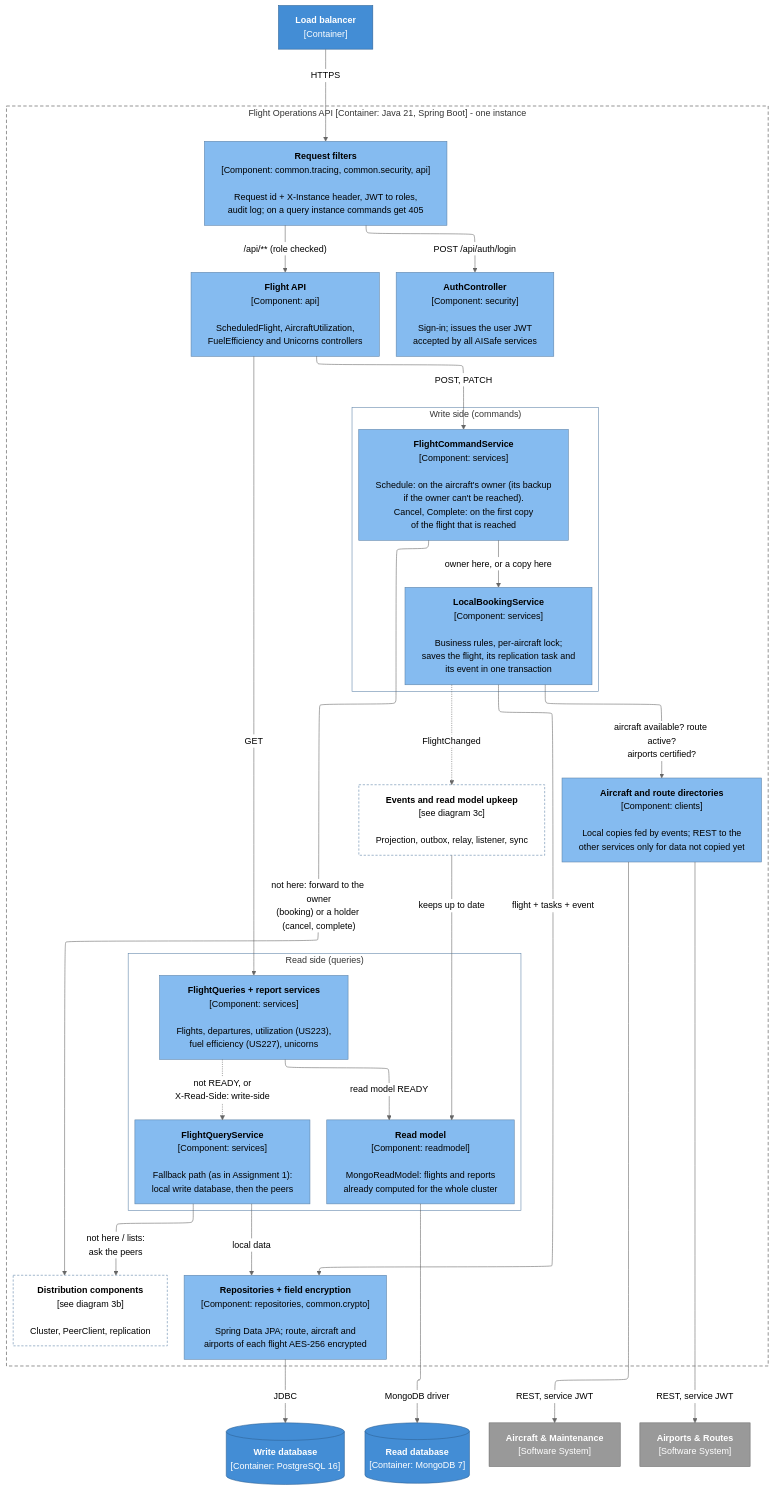
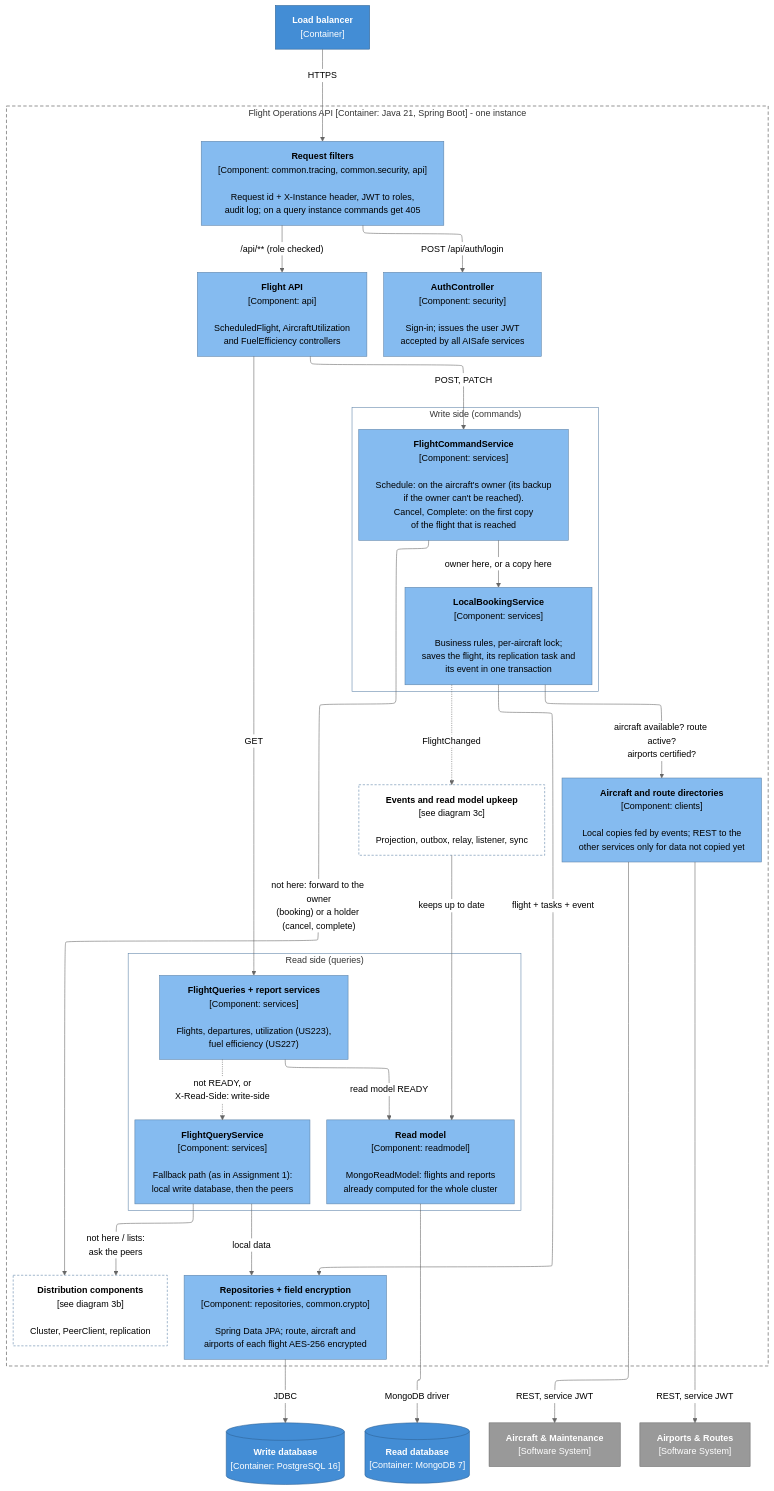
Before and after one commit to ImJay1527/flight-operations-service: the diagram in docs/c4/3a-components-requests.mmd, drawn with Mermaid (neutral theme). The commit also changed 30 other files, not shown here.

```diff
--- a/docs/c4/3a-components-requests.mmd
+++ b/docs/c4/3a-components-requests.mmd
@@ -1,71 +1,71 @@
 ---
 config:
   layout: elk
   flowchart:
     wrappingWidth: 400
 ---
 %% C4 Level 3a - Components of the Flight Operations API: the path of a client request, commands and queries apart (CQRS)
 flowchart TB
     lb["<b>Load balancer</b><br/>[Container]"]
 
     subgraph API["Flight Operations API [Container: Java 21, Spring Boot] - one instance"]
         direction TB
         filters["<b>Request filters</b><br/>[Component: common.tracing, common.security, api]<br/><br/>Request id + X-Instance header, JWT to roles,<br/>audit log; on a query instance commands get 405"]
         auth["<b>AuthController</b><br/>[Component: security]<br/><br/>Sign-in; issues the user JWT<br/>accepted by all AISafe services"]
-        flightApi["<b>Flight API</b><br/>[Component: api]<br/><br/>ScheduledFlight, AircraftUtilization,<br/>FuelEfficiency and Unicorns controllers"]
+        flightApi["<b>Flight API</b><br/>[Component: api]<br/><br/>ScheduledFlight, AircraftUtilization<br/>and FuelEfficiency controllers"]
 
         subgraph CMD["Write side (commands)"]
             direction TB
             commands["<b>FlightCommandService</b><br/>[Component: services]<br/><br/>Schedule: on the aircraft's owner (its backup<br/>if the owner can't be reached).<br/>Cancel, Complete: on the first copy<br/>of the flight that is reached"]
             lbs["<b>LocalBookingService</b><br/>[Component: services]<br/><br/>Business rules, per-aircraft lock;<br/>saves the flight, its replication task and<br/>its event in one transaction"]
         end
 
         subgraph QRY["Read side (queries)"]
             direction TB
-            queries["<b>FlightQueries + report services</b><br/>[Component: services]<br/><br/>Flights, departures, utilization (US223),<br/>fuel efficiency (US227), unicorns"]
+            queries["<b>FlightQueries + report services</b><br/>[Component: services]<br/><br/>Flights, departures, utilization (US223),<br/>fuel efficiency (US227)"]
             readModel["<b>Read model</b><br/>[Component: readmodel]<br/><br/>MongoReadModel: flights and reports<br/>already computed for the whole cluster"]
             fallback["<b>FlightQueryService</b><br/>[Component: services]<br/><br/>Fallback path (as in Assignment 1):<br/>local write database, then the peers"]
         end
 
         clients["<b>Aircraft and route directories</b><br/>[Component: clients]<br/><br/>Local copies fed by events; REST to the<br/>other services only for data not copied yet"]
         repos["<b>Repositories + field encryption</b><br/>[Component: repositories, common.crypto]<br/><br/>Spring Data JPA; route, aircraft and<br/>airports of each flight AES-256 encrypted"]
         dist["<b>Distribution components</b><br/>[see diagram 3b]<br/><br/>Cluster, PeerClient, replication"]
         events["<b>Events and read model upkeep</b><br/>[see diagram 3c]<br/><br/>Projection, outbox, relay, listener, sync"]
     end
 
     db[("<b>Write database</b><br/>[Container: PostgreSQL 16]")]
     rdb[("<b>Read database</b><br/>[Container: MongoDB 7]")]
     am["<b>Aircraft & Maintenance</b><br/>[Software System]"]
     ar["<b>Airports & Routes</b><br/>[Software System]"]
 
     lb -->|"HTTPS"| filters
     filters -->|"POST /api/auth/login"| auth
     filters -->|"/api/** (role checked)"| flightApi
     flightApi -->|"POST, PATCH"| commands
     flightApi -->|"GET"| queries
     commands -->|"not here: forward to the owner<br/>(booking) or a holder (cancel, complete)"| dist
     commands -->|"owner here, or a copy here"| lbs
     lbs -->|"aircraft available? route active?<br/>airports certified?"| clients
     lbs -->|"flight + tasks + event"| repos
     lbs -.->|"FlightChanged"| events
     queries -->|"read model READY"| readModel
     queries -.->|"not READY, or<br/>X-Read-Side: write-side"| fallback
     fallback -->|"local data"| repos
     fallback -->|"not here / lists:<br/>ask the peers"| dist
     events -->|"keeps up to date"| readModel
     readModel -->|"MongoDB driver"| rdb
     repos -->|"JDBC"| db
     clients -->|"REST, service JWT"| am
     clients -->|"REST, service JWT"| ar
 
     classDef component fill:#85bbf0,stroke:#5d82a8,color:#000000
     classDef container fill:#438dd5,stroke:#2e6295,color:#ffffff
     classDef external fill:#999999,stroke:#6b6b6b,color:#ffffff
     classDef elsewhere fill:#ffffff,stroke:#5d82a8,color:#000000,stroke-dasharray:4 3
     class filters,auth,flightApi,commands,lbs,queries,readModel,fallback,clients,repos component
     class dist,events elsewhere
     class lb,db,rdb container
     class am,ar external
     style API fill:none,stroke:#444444,stroke-dasharray:6 4
     style CMD fill:none,stroke:#5d82a8
     style QRY fill:none,stroke:#5d82a8
```
